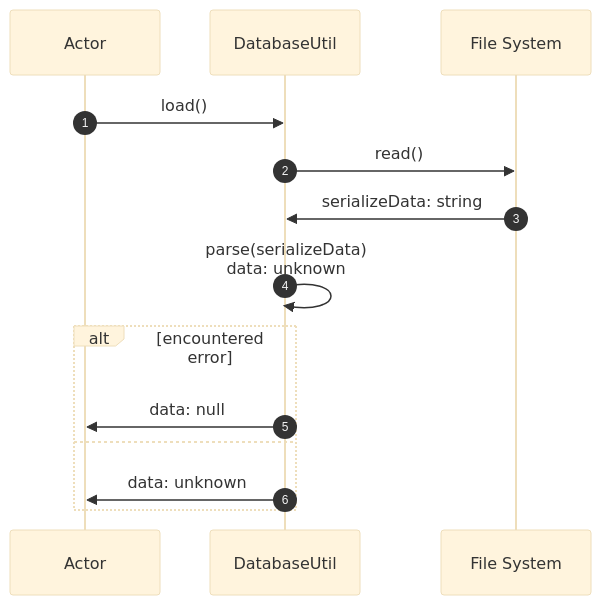
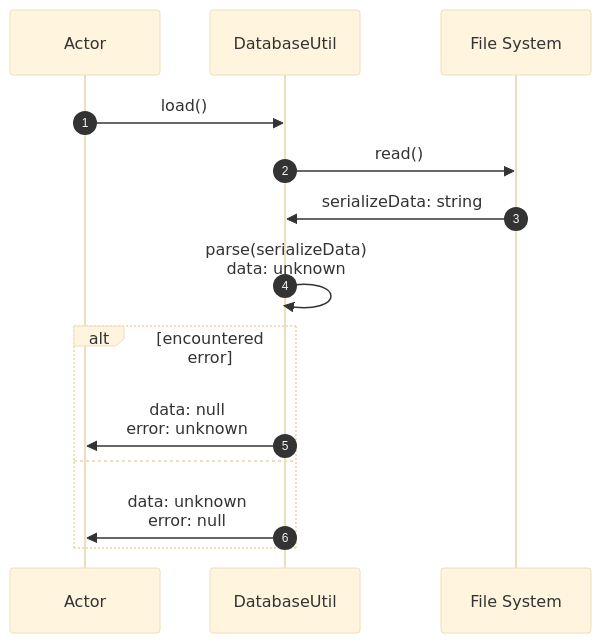
The third of 4 diagrams in docs/architecture/databaseUtil.md (normal-devs/klicker-knight), drawn with Mermaid (base theme) before and after one commit. The commit also changed other lines of this file and 1 other file, not shown here.

Commit message:
Document error handling in databaseUtil

````diff
--- a/docs/architecture/databaseUtil.md
+++ b/docs/architecture/databaseUtil.md
@@ -44,19 +49,19 @@
 ```mermaid
 sequenceDiagram
   autonumber
   participant A as Actor
   participant D as DatabaseUtil
   participant F as File System
 
   A ->> D: load()
   D ->> F: read()
   F ->> D: serializeData: string
 
   D ->> D: parse(serializeData) <br> data: unknown
 
   alt encountered error
-    D ->> A: data: null
+    D ->> A: data: null <br> error: unknown
   else
-    D ->> A: data: unknown
+    D ->> A: data: unknown <br> error: null
   end
 ```
````
